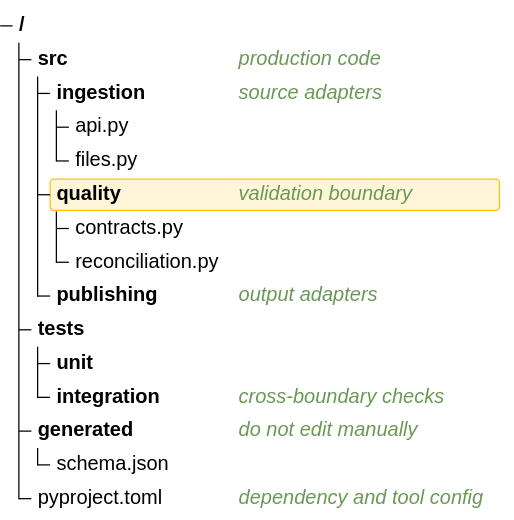
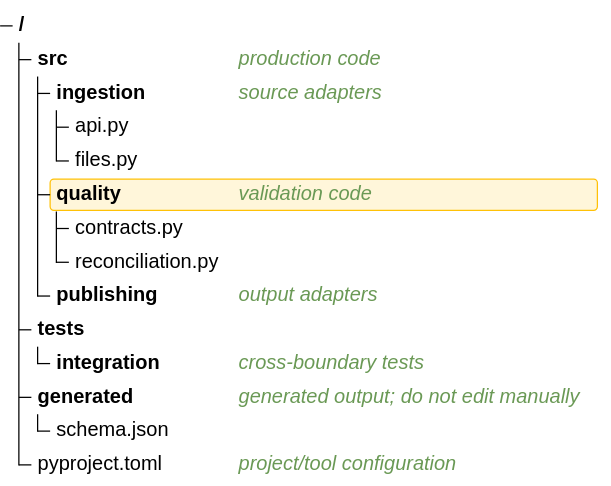
The fourth of 4 diagrams in src/rulesync/.rulesync/skills/mols-mermaid-diagram/references/examples/tree-view.md (mols3131d/mols-agent-assets), drawn with Mermaid before and after one commit. The commit also changed other lines of this file, not shown here.

Commit message:
docs(mermaid): deepen tree view hierarchy guidance

````diff
--- a/src/rulesync/.rulesync/skills/mols-mermaid-diagram/references/examples/tree-view.md
+++ b/src/rulesync/.rulesync/skills/mols-mermaid-diagram/references/examples/tree-view.md
@@ -24,17 +81,16 @@
 ```mermaid
 treeView-beta
 ├── src/ ## production code
 │   ├── ingestion/ ## source adapters
 │   │   ├── api.py
 │   │   └── files.py
-│   ├── quality/ :::highlight ## validation boundary
+│   ├── quality/ :::highlight ## validation code
 │   │   ├── contracts.py
 │   │   └── reconciliation.py
 │   └── publishing/ ## output adapters
 ├── tests/
-│   ├── unit/
-│   └── integration/ ## cross-boundary checks
-├── generated/ ## do not edit manually
+│   └── integration/ ## cross-boundary tests
+├── generated/ ## generated output; do not edit manually
 │   └── schema.json
-└── pyproject.toml ## dependency and tool config
+└── pyproject.toml ## project/tool configuration
 ```
````
